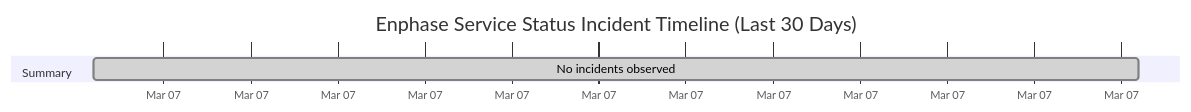
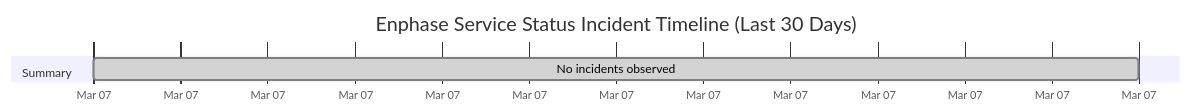
One commit to barneyonline/ha-enphase-ev-charger changed the diagram in wiki/Service-Status-History.md. Above: the diagram before and after it, drawn with Mermaid. The commit also changed other lines of this file and 3 other files, not shown here.

````diff
--- a/wiki/Service-Status-History.md
+++ b/wiki/Service-Status-History.md
@@ -14,8 +14,8 @@
 ```mermaid
 gantt
     title Enphase Service Status Incident Timeline (Last 30 Days)
     dateFormat  YYYY-MM-DDTHH:mm:ss
     axisFormat  %b %d
     section Summary
-    No incidents observed :done, 2026-03-07T16:17:16, 1m
+    No incidents observed :done, 2026-03-07T17:14:05, 1m
 ```
````
